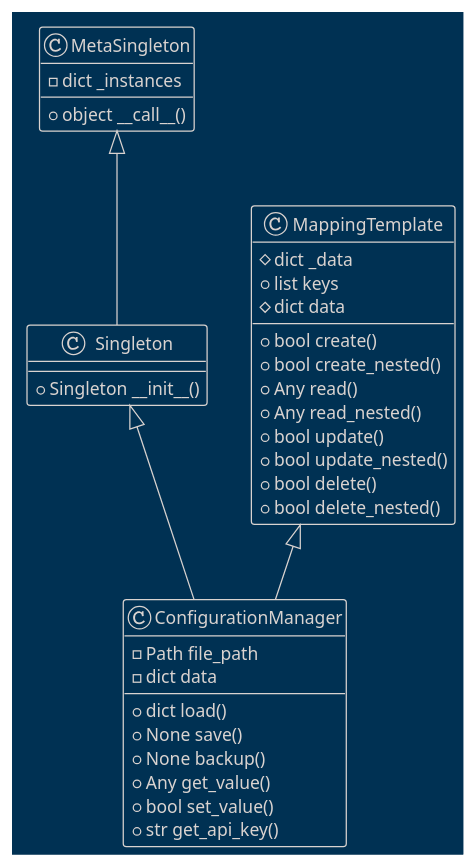
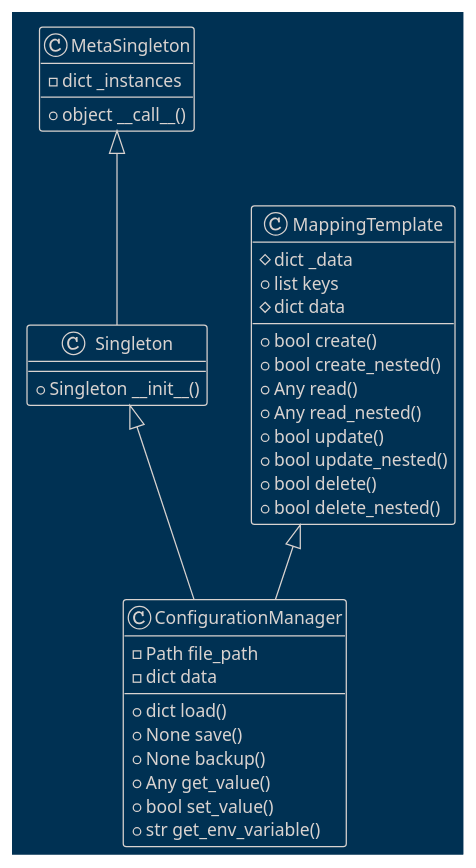
Before and after one commit to teleprint-me/py.gpt.prompt: the diagram in docs/diagrams/plantuml/configuration_manager.puml, drawn with PlantUML. The commit also changed 2 other files, not shown here.

Commit message:
refactor: Add support for env variables

```diff
--- a/docs/diagrams/plantuml/configuration_manager.puml
+++ b/docs/diagrams/plantuml/configuration_manager.puml
@@ -1,39 +1,39 @@
 @startuml ConfigurationManager
 !theme blueprint
 
 ' docs/diagrams/plantuml/configuration_manager.puml
 
 class MetaSingleton {
   - dict _instances
   + object __call__()
 }
 
 class Singleton extends MetaSingleton {
   + Singleton __init__()
 }
 
 class MappingTemplate {
   # dict _data
   + list keys
   # dict data
   + bool create()
   + bool create_nested()
   + Any read()
   + Any read_nested()
   + bool update()
   + bool update_nested()
   + bool delete()
   + bool delete_nested()
 }
 
 class ConfigurationManager extends Singleton, MappingTemplate {
   - Path file_path
   - dict data
   + dict load()
   + None save()
   + None backup()
   + Any get_value()
   + bool set_value()
-  + str get_api_key()
+  + str get_env_variable()
 }
 @enduml
```
